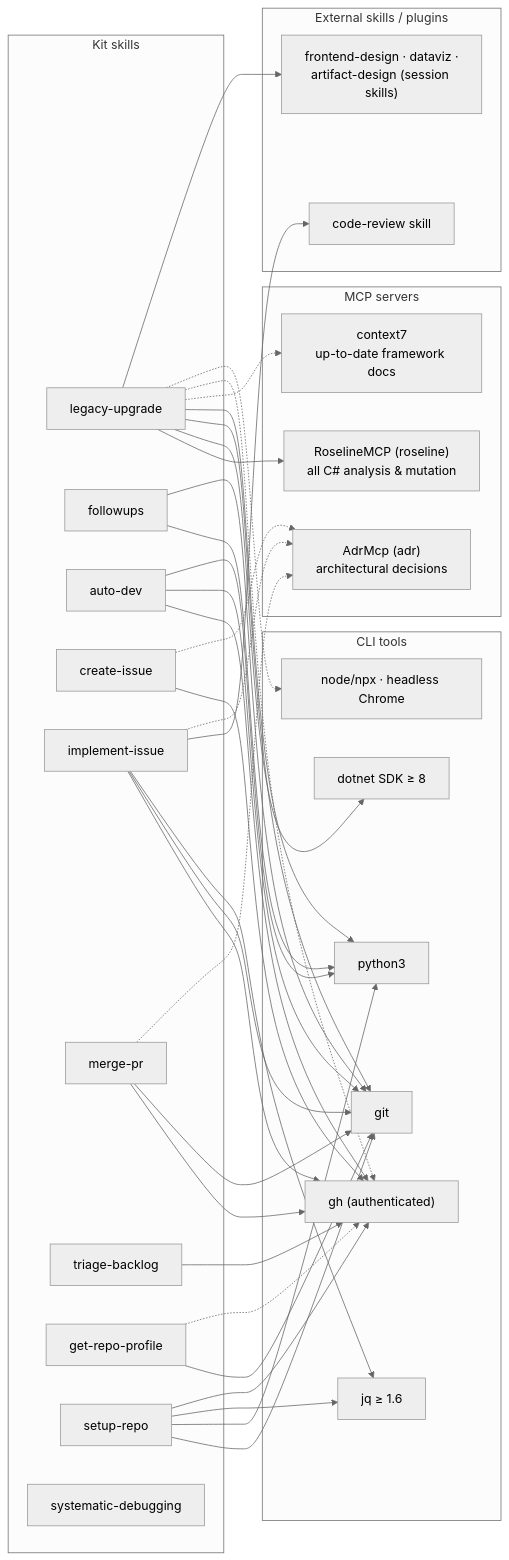
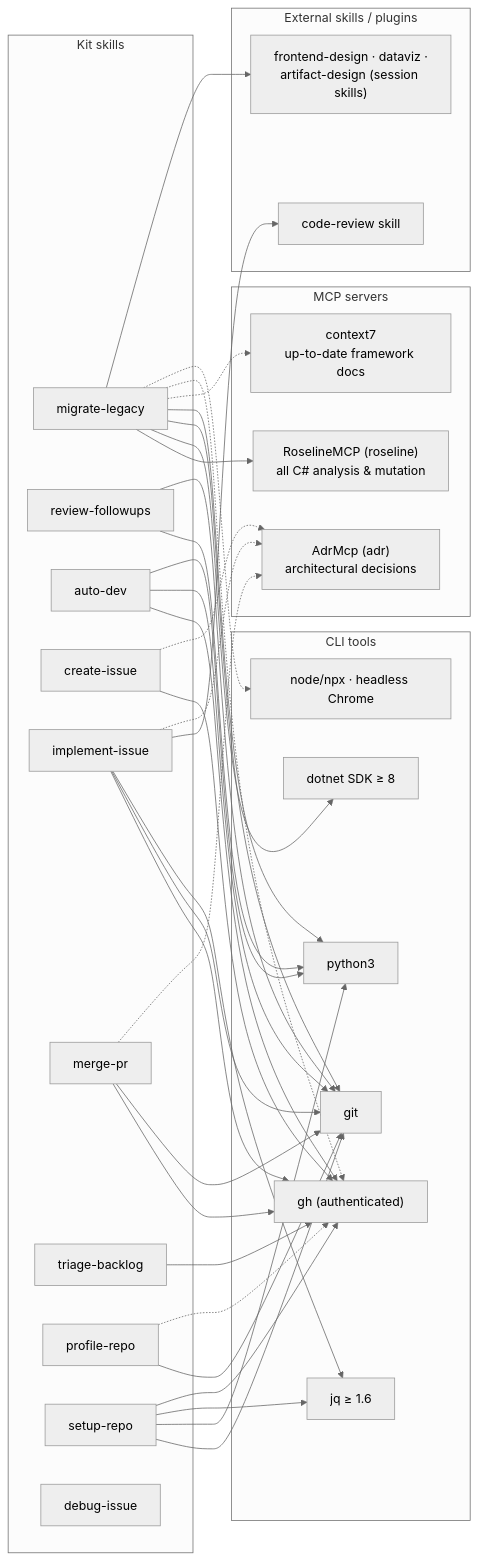
One commit to phmatray/ai-migration-kit changed the second of 2 diagrams in ARCHITECTURE.md. Above: the diagram before and after it, drawn with Mermaid (neutral theme). The commit also changed other lines of this file and 101 other files, not shown here.

````diff
--- a/ARCHITECTURE.md
+++ b/ARCHITECTURE.md
@@ -101,74 +106,74 @@
 ```mermaid
 graph LR
     subgraph skills ["Kit skills"]
-        LU[legacy-upgrade]
-        FU[followups]
+        LU[migrate-legacy]
+        FU[review-followups]
         AD[auto-dev]
         CI[create-issue]
         II[implement-issue]
         MP[merge-pr]
         TB[triage-backlog]
-        RP[get-repo-profile]
+        RP[profile-repo]
         SR[setup-repo]
-        SD[systematic-debugging]
+        SD[debug-issue]
     end
 
     subgraph mcp ["MCP servers"]
         ROS["RoselineMCP (roseline)<br>all C# analysis & mutation"]
         C7["context7<br>up-to-date framework docs"]
         ADR["AdrMcp (adr)<br>architectural decisions"]
     end
 
     subgraph ext ["External skills / plugins"]
         CR["code-review skill"]
         FD["frontend-design · dataviz ·<br>artifact-design (session skills)"]
     end
 
     subgraph tools ["CLI tools"]
         GH["gh (authenticated)"]
         DN["dotnet SDK ≥ 8"]
         PY["python3"]
         GIT["git"]
         JQ["jq ≥ 1.6"]
         NODE["node/npx · headless Chrome"]
     end
 
     LU --> ROS
     LU --> DN
     LU --> GIT
     LU --> PY
     LU -.-> C7
     LU -.-> GH
     LU -.-> NODE
     LU --> FD
 
     FU --> PY
     FU --> GIT
 
     CI --> GH
     CI -.-> ADR
 
     II --> GH
     II --> GIT
     II --> JQ
     II --> CR
     II -.-> ADR
 
     MP --> GH
     MP --> GIT
     MP -.-> ADR
 
     TB --> GH
 
     RP --> GIT
     RP -.-> GH
 
     SR --> GIT
     SR --> PY
     SR --> JQ
     SR --> GH
 
     AD --> GH
     AD --> GIT
     AD --> PY
 ```
````
